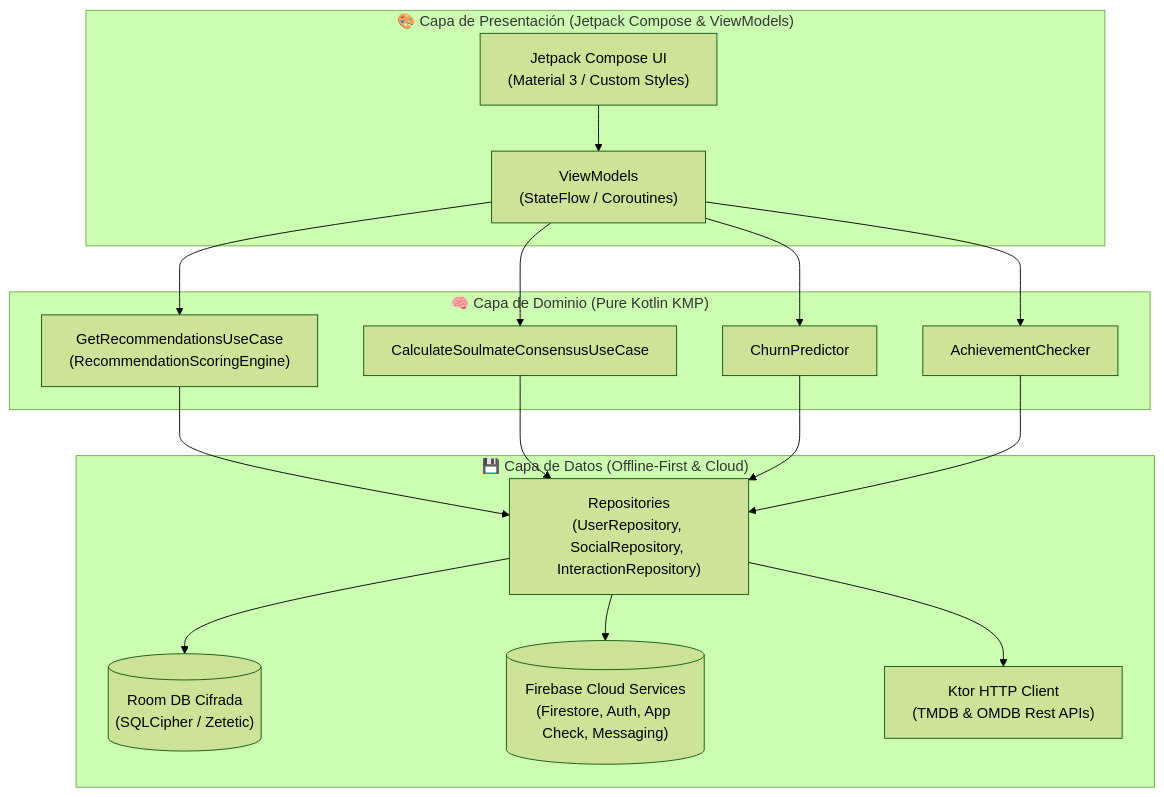
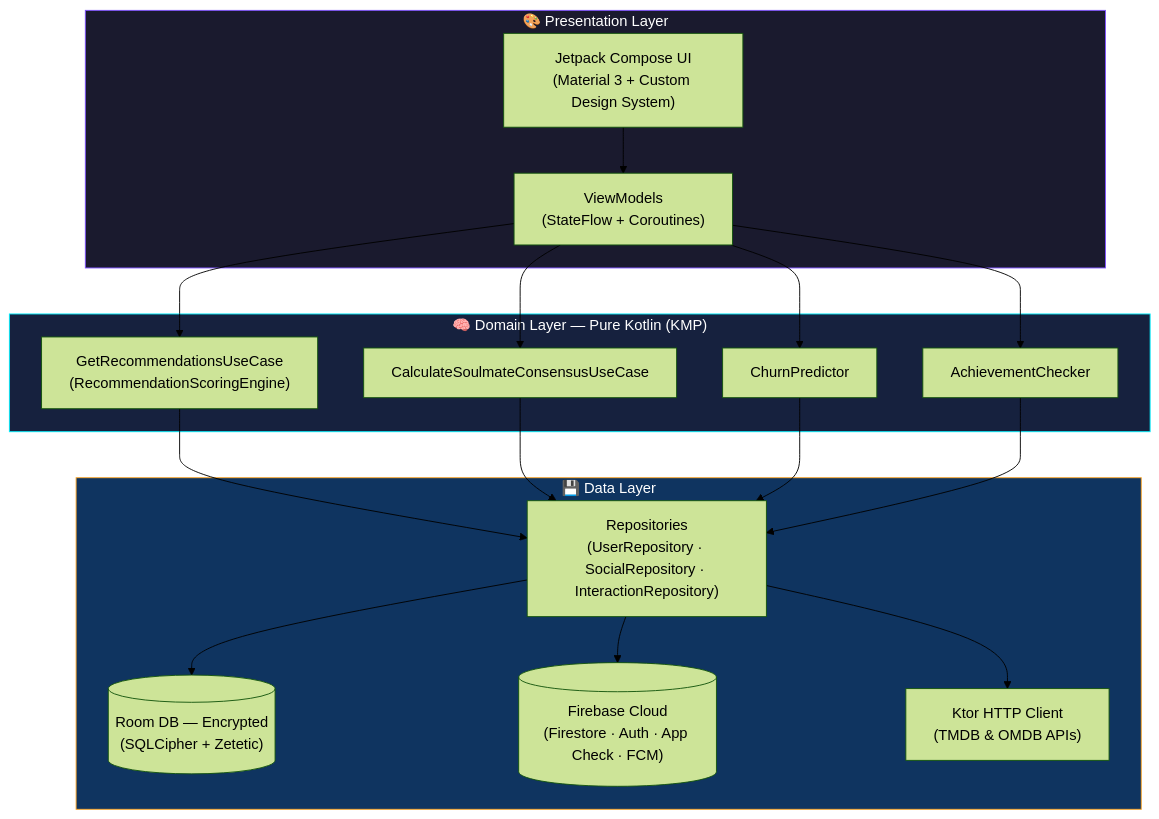
One commit to andreahidara/ShowMate-Showcase changed the first of 2 diagrams in README.md. Above: the diagram before and after it, drawn with Mermaid (forest theme). The commit also changed other lines of this file and 8 other files, not shown here.

Commit message:
docs: complete portfolio showcase rewrite with architecture docs, testing strategy, and project structure

````diff
--- a/README.md
+++ b/README.md
@@ -88,28 +83,32 @@
 ```mermaid
 flowchart TD
-    subgraph Presentation ["🎨 Capa de Presentación (Jetpack Compose & ViewModels)"]
-        UI["Jetpack Compose UI\n(Material 3 / Custom Styles)"]
-        VM["ViewModels\n(StateFlow / Coroutines)"]
+    subgraph Presentation ["🎨 Presentation Layer"]
+        UI["Jetpack Compose UI\n(Material 3 + Custom Design System)"]
+        VM["ViewModels\n(StateFlow + Coroutines)"]
     end
 
-    subgraph Domain ["🧠 Capa de Dominio (Pure Kotlin KMP)"]
+    subgraph Domain ["🧠 Domain Layer — Pure Kotlin (KMP)"]
         UC1["GetRecommendationsUseCase\n(RecommendationScoringEngine)"]
         UC2["CalculateSoulmateConsensusUseCase"]
         UC3["ChurnPredictor"]
         UC4["AchievementChecker"]
     end
 
-    subgraph Data ["💾 Capa de Datos (Offline-First & Cloud)"]
-        REPO["Repositories\n(UserRepository, SocialRepository, InteractionRepository)"]
-        ROOM[("Room DB Cifrada\n(SQLCipher / Zetetic)")]
-        FIREBASE[("Firebase Cloud Services\n(Firestore, Auth, App Check, Messaging)")]
-        KTOR["Ktor HTTP Client\n(TMDB & OMDB Rest APIs)"]
+    subgraph Data ["💾 Data Layer"]
+        REPO["Repositories\n(UserRepository · SocialRepository · InteractionRepository)"]
+        ROOM[("Room DB — Encrypted\n(SQLCipher + Zetetic)")]
+        FIREBASE[("Firebase Cloud\n(Firestore · Auth · App Check · FCM)")]
+        KTOR["Ktor HTTP Client\n(TMDB & OMDB APIs)"]
     end
 
     UI --> VM
     VM --> UC1 & UC2 & UC3 & UC4
     UC1 & UC2 & UC3 & UC4 --> REPO
     REPO --> ROOM
     REPO --> FIREBASE
     REPO --> KTOR
+
+    style Presentation fill:#1a1a2e,stroke:#7F52FF,color:#fff
+    style Domain fill:#16213e,stroke:#00F0FF,color:#fff
+    style Data fill:#0f3460,stroke:#FFA726,color:#fff
 ```
````
